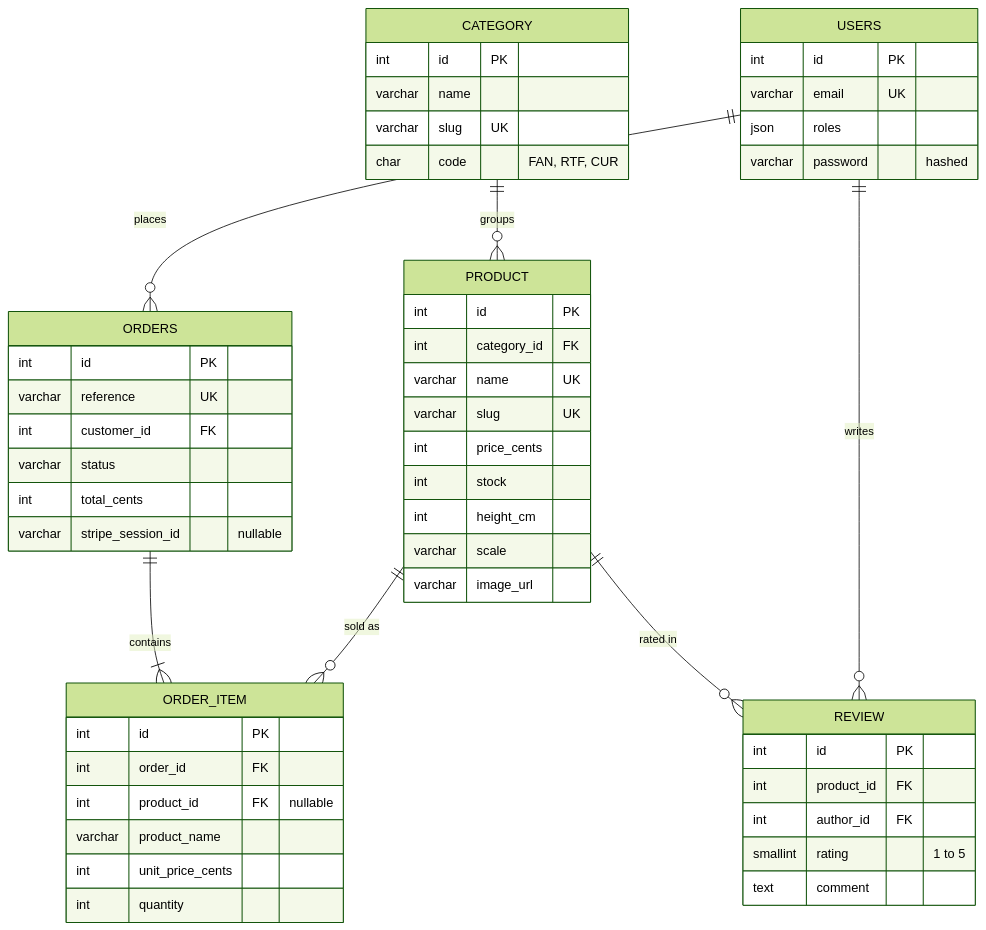
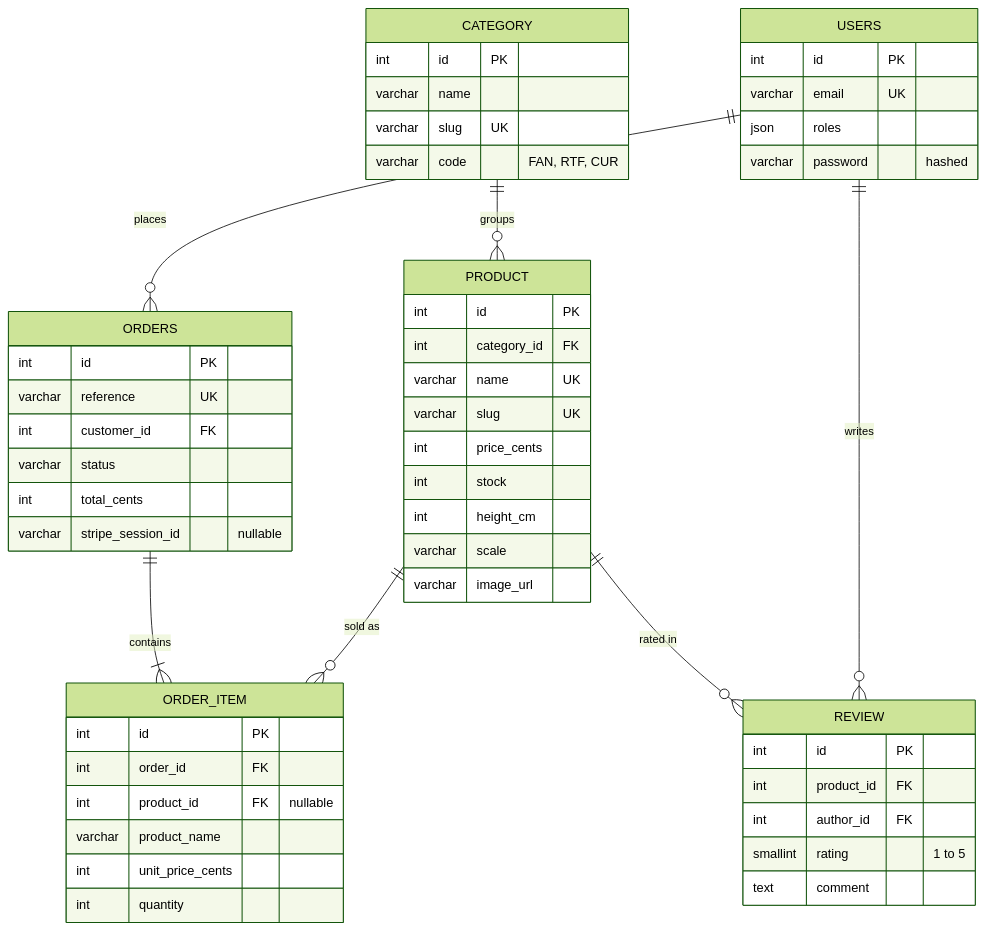
One commit to puremax-lab/Figurama changed the diagram in README.md. Above: the diagram before and after it, drawn with Mermaid (forest theme). The commit also changed other lines of this file and 2 other files, not shown here.

````diff
--- a/README.md
+++ b/README.md
@@ -63,56 +63,56 @@
 ```mermaid
 erDiagram
     CATEGORY ||--o{ PRODUCT : "groups"
     USERS ||--o{ ORDERS : "places"
     ORDERS ||--|{ ORDER_ITEM : "contains"
     PRODUCT ||--o{ ORDER_ITEM : "sold as"
     PRODUCT ||--o{ REVIEW : "rated in"
     USERS ||--o{ REVIEW : "writes"
 
     CATEGORY {
         int id PK
         varchar name
         varchar slug UK
-        char code "FAN, RTF, CUR"
+        varchar code "FAN, RTF, CUR"
     }
     PRODUCT {
         int id PK
         int category_id FK
         varchar name UK
         varchar slug UK
         int price_cents
         int stock
         int height_cm
         varchar scale
         varchar image_url
     }
     USERS {
         int id PK
         varchar email UK
         json roles
         varchar password "hashed"
     }
     ORDERS {
         int id PK
         varchar reference UK
         int customer_id FK
         varchar status
         int total_cents
         varchar stripe_session_id "nullable"
     }
     REVIEW {
         int id PK
         int product_id FK
         int author_id FK
         smallint rating "1 to 5"
         text comment
     }
     ORDER_ITEM {
         int id PK
         int order_id FK
         int product_id FK "nullable"
         varchar product_name
         int unit_price_cents
         int quantity
     }
 ```
````
